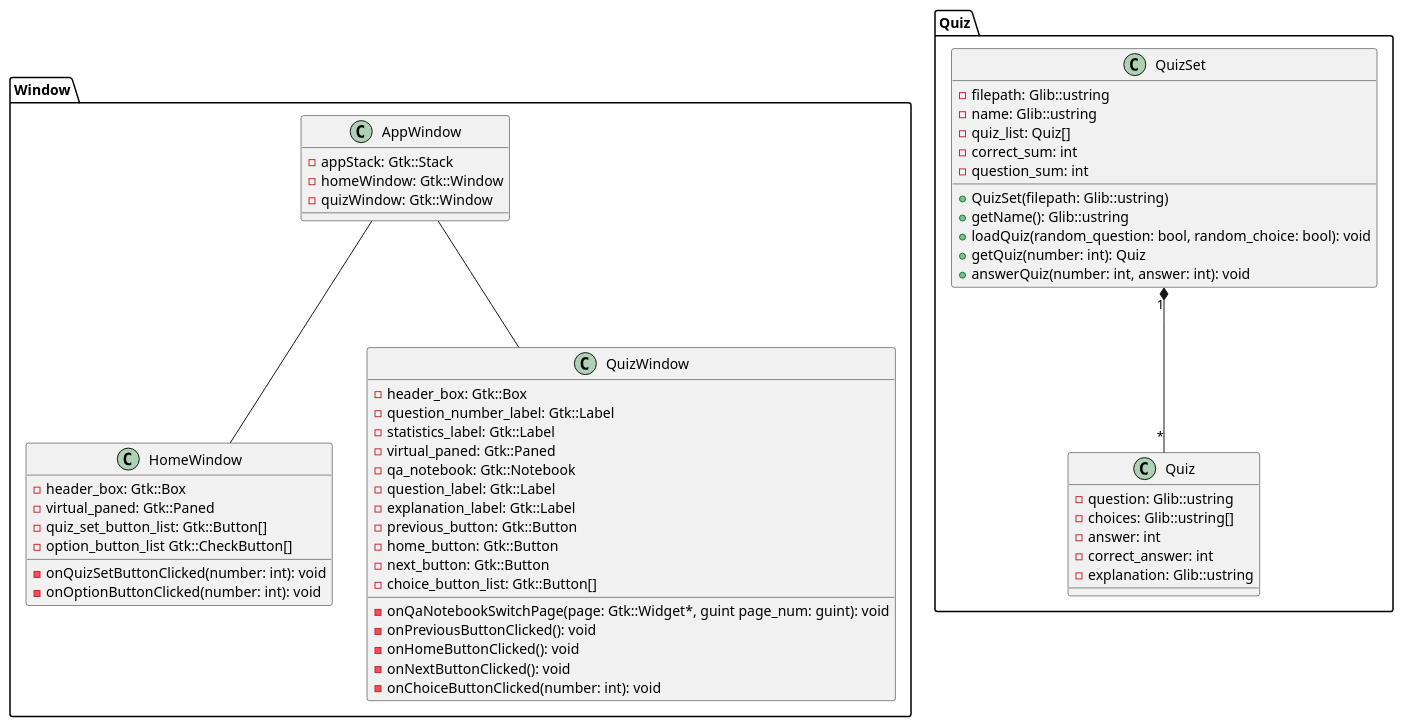
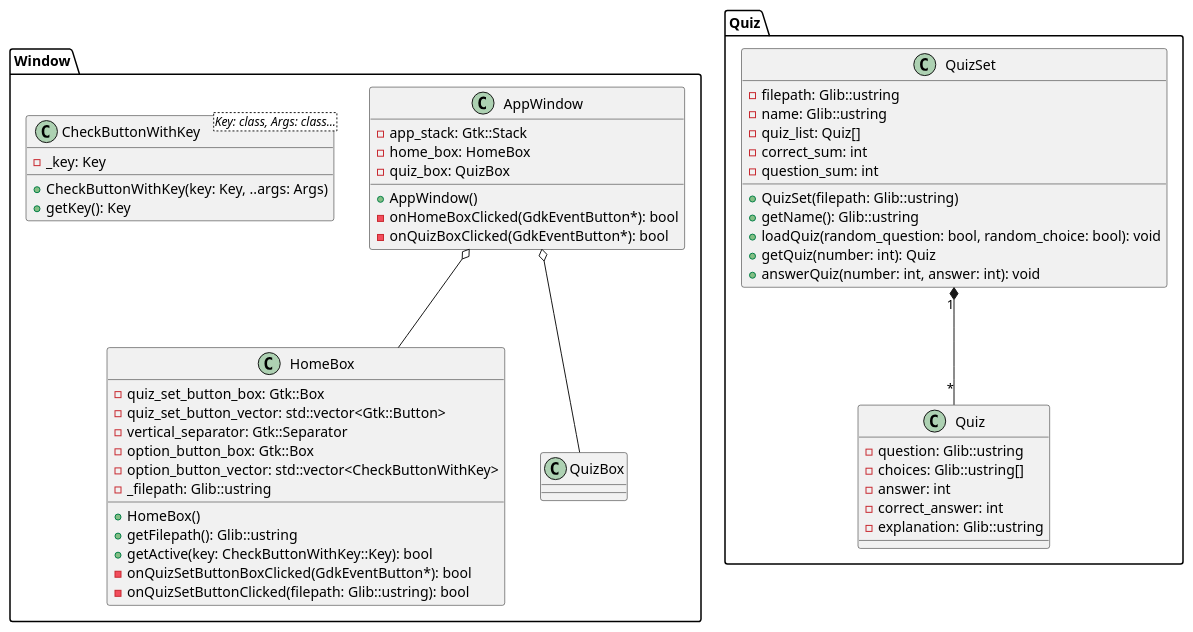
Before and after one commit to mikiya1130/Multiple_Choice_Quiz: the diagram in design/class_diagram.plantuml, drawn with PlantUML.

Commit message:
Fix class diagram

```diff
--- a/design/class_diagram.plantuml
+++ b/design/class_diagram.plantuml
@@ -1,70 +1,85 @@
 @startuml class_diagram
 
 package "Window" {
     class AppWindow {
-        - appStack: Gtk::Stack
-        - homeWindow: Gtk::Window
-        - quizWindow: Gtk::Window
+        - app_stack: Gtk::Stack
+        - home_box: HomeBox
+        - quiz_box: QuizBox
+
+        + AppWindow()
+        - onHomeBoxClicked(GdkEventButton*): bool
+        - onQuizBoxClicked(GdkEventButton*): bool
     }
 
-    class HomeWindow {
-        - header_box: Gtk::Box
-        - virtual_paned: Gtk::Paned
-        - quiz_set_button_list: Gtk::Button[]
-        - option_button_list Gtk::CheckButton[]
+    class HomeBox {
+        - quiz_set_button_box: Gtk::Box
+        - quiz_set_button_vector: std::vector<Gtk::Button>
+        - vertical_separator: Gtk::Separator
+        - option_button_box: Gtk::Box
+        - option_button_vector: std::vector<CheckButtonWithKey>
+        - _filepath: Glib::ustring
 
-        - onQuizSetButtonClicked(number: int): void
-        - onOptionButtonClicked(number: int): void
+        + HomeBox()
+        + getFilepath(): Glib::ustring
+        + getActive(key: CheckButtonWithKey::Key): bool
+        - onQuizSetButtonBoxClicked(GdkEventButton*): bool
+        - onQuizSetButtonClicked(filepath: Glib::ustring): bool
     }
 
-    class QuizWindow {
-        - header_box: Gtk::Box
-        - question_number_label: Gtk::Label
-        - statistics_label: Gtk::Label
-        - virtual_paned: Gtk::Paned
-        - qa_notebook: Gtk::Notebook
-        - question_label: Gtk::Label
-        - explanation_label: Gtk::Label
-        - previous_button: Gtk::Button
-        - home_button: Gtk::Button
-        - next_button: Gtk::Button
-        - choice_button_list: Gtk::Button[]
+    class QuizBox {
+        ' - header_box: Gtk::Box
+        ' - question_number_label: Gtk::Label
+        ' - statistics_label: Gtk::Label
+        ' - vertical_paned: Gtk::Paned
+        ' - qa_notebook: Gtk::Notebook
+        ' - question_label: Gtk::Label
+        ' - explanation_label: Gtk::Label
+        ' - previous_button: Gtk::Button
+        ' - home_button: Gtk::Button
+        ' - next_button: Gtk::Button
+        ' - choice_button_list: Gtk::Button[]
 
-        - onQaNotebookSwitchPage(page: Gtk::Widget*, guint page_num: guint): void
-        - onPreviousButtonClicked(): void
-        - onHomeButtonClicked(): void
-        - onNextButtonClicked(): void
-        - onChoiceButtonClicked(number: int): void
+        ' - onQaNotebookSwitchPage(page: Gtk::Widget*, guint page_num: guint): void
+        ' - onPreviousButtonClicked(): void
+        ' - onHomeButtonClicked(): void
+        ' - onNextButtonClicked(): void
+        ' - onChoiceButtonClicked(number: int): void
     }
 
-    AppWindow -- HomeWindow
-    AppWindow -- QuizWindow
+    class CheckButtonWithKey<Key: class, Args: class...> {
+        - _key: Key
+        + CheckButtonWithKey(key: Key, ..args: Args)
+        + getKey(): Key
+    }
+
+    AppWindow o-- HomeBox
+    AppWindow o-- QuizBox
 }
 
 package "Quiz" {
     class QuizSet {
         - filepath: Glib::ustring
         - name: Glib::ustring
         - quiz_list: Quiz[]
         - correct_sum: int
         - question_sum: int
 
         + QuizSet(filepath: Glib::ustring)
         + getName(): Glib::ustring
         + loadQuiz(random_question: bool, random_choice: bool): void
         + getQuiz(number: int): Quiz
         + answerQuiz(number: int, answer: int): void
     }
 
     class Quiz {
         - question: Glib::ustring
         - choices: Glib::ustring[]
         - answer: int
         - correct_answer: int
         - explanation: Glib::ustring
     }
 
     QuizSet "1" *-- "*" Quiz
 }
 
 @enduml
```
